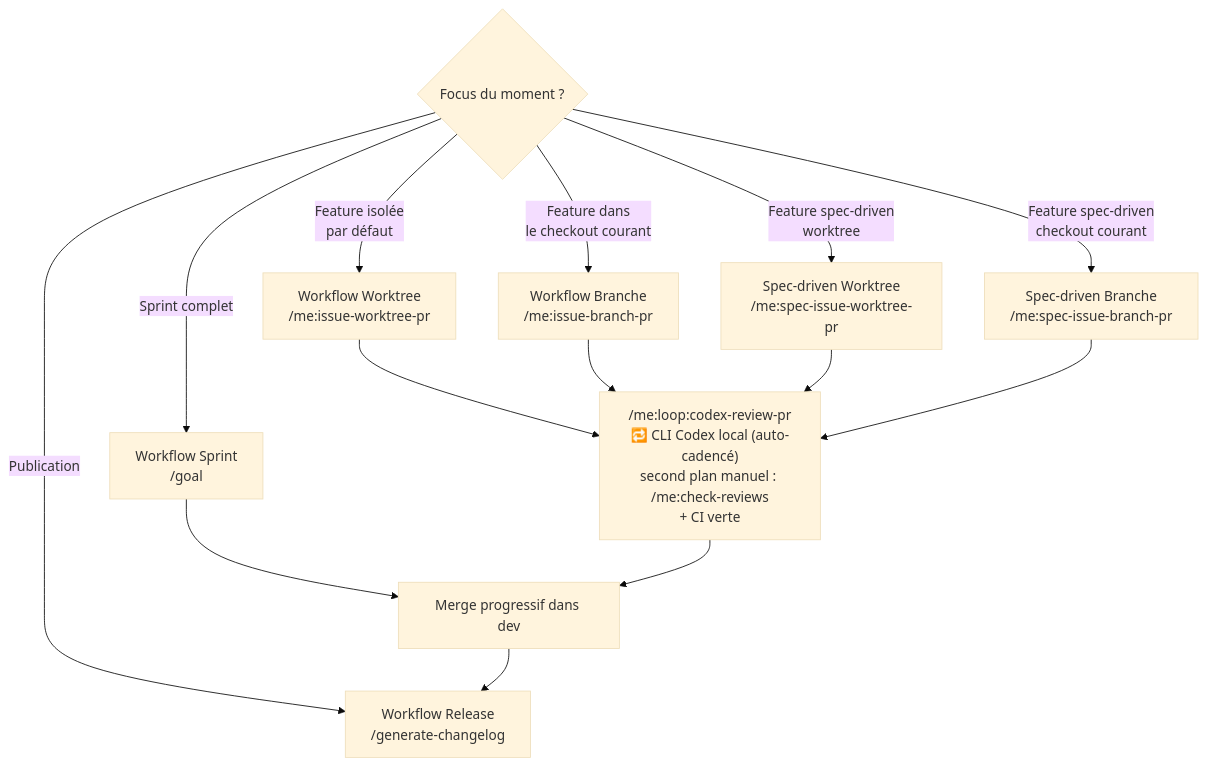
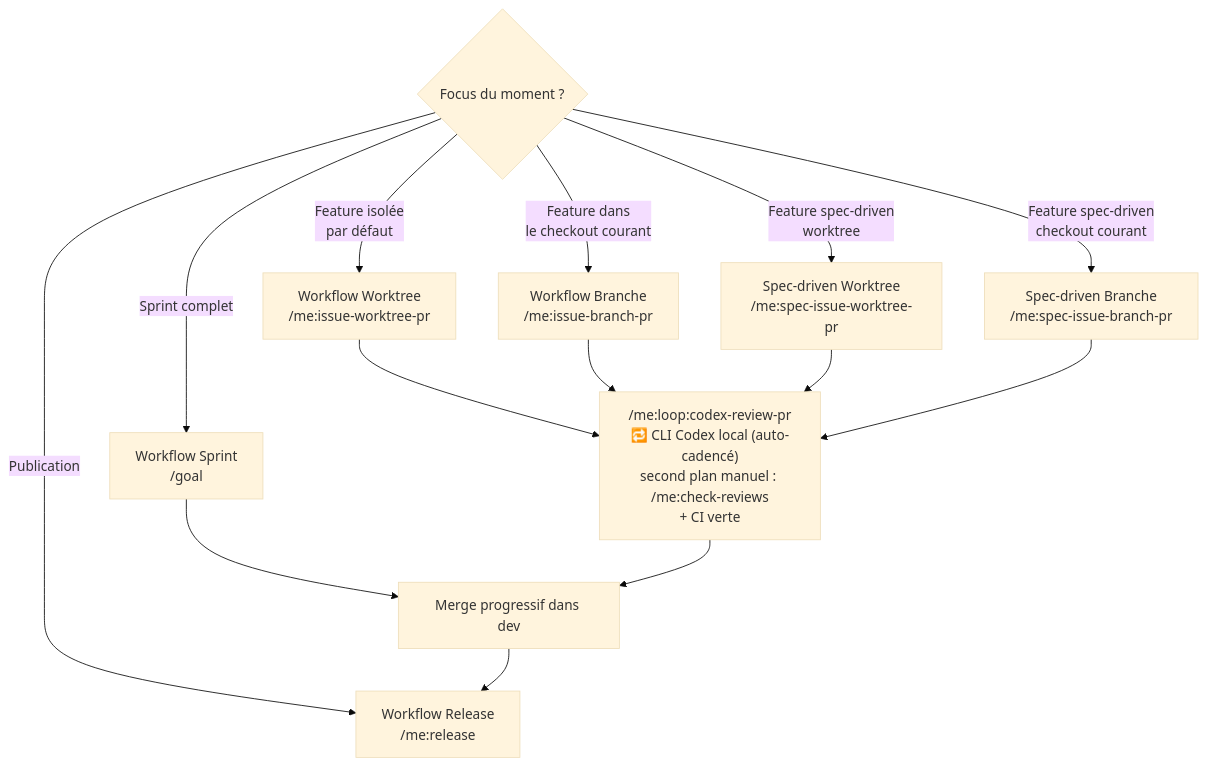
The seventh of 8 diagrams in dot_claude/WORKFLOW.md (kbrdn1/dotfiles), drawn with Mermaid (base theme) before and after one commit. The commit also changed other lines of this file and 3 other files, not shown here.

First line of the commit message:
✨ feat(claude): ajoute le skill /me:release et retire le pointeur /generate-changelog

````diff
--- a/dot_claude/WORKFLOW.md
+++ b/dot_claude/WORKFLOW.md
@@ -191,19 +210,19 @@
 ```mermaid
 flowchart TD
     DEV{Focus du moment ?}
 
     DEV -->|Feature isolée<br/>par défaut| WT["Workflow Worktree<br/>/me:issue-worktree-pr"]
     DEV -->|Feature dans<br/>le checkout courant| BR["Workflow Branche<br/>/me:issue-branch-pr"]
     DEV -->|Feature spec-driven<br/>worktree| SWT["Spec-driven Worktree<br/>/me:spec-issue-worktree-pr"]
     DEV -->|Feature spec-driven<br/>checkout courant| SBR["Spec-driven Branche<br/>/me:spec-issue-branch-pr"]
     DEV -->|Sprint complet| SP["Workflow Sprint<br/>/goal"]
-    DEV -->|Publication| RE["Workflow Release<br/>/generate-changelog"]
+    DEV -->|Publication| RE["Workflow Release<br/>/me:release"]
 
     WT --> RV["/me:loop:codex-review-pr<br/>🔁 CLI Codex local (auto-cadencé)<br/>second plan manuel : /me:check-reviews<br/>+ CI verte"]
     BR --> RV
     SWT --> RV
     SBR --> RV
     SP --> MERGE[Merge progressif dans dev]
     RV --> MERGE
     MERGE --> RE
 ```
````
